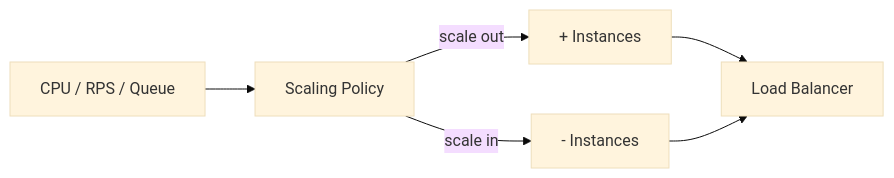
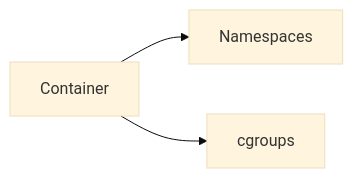
Before and after one commit to hareramcse/SystemDesign: the fifth of 24 diagrams in 11-cloud-and-kubernetes/README.md, drawn with Mermaid (base theme). The commit also changed other lines of this file, not shown here.

````diff
--- a/11-cloud-and-kubernetes/README.md
+++ b/11-cloud-and-kubernetes/README.md
@@ -748,7 +2909,5 @@
 ```mermaid
 flowchart LR
-    Metrics[CPU / RPS / Queue] --> Policy[Scaling Policy]
-    Policy -->|scale out| Add[+ Instances]
-    Policy -->|scale in| Remove[- Instances]
-    Add & Remove --> LB[Load Balancer]
+    Container[Container] --> NS[Namespaces]
+    Container --> CG[cgroups]
 ```
````
